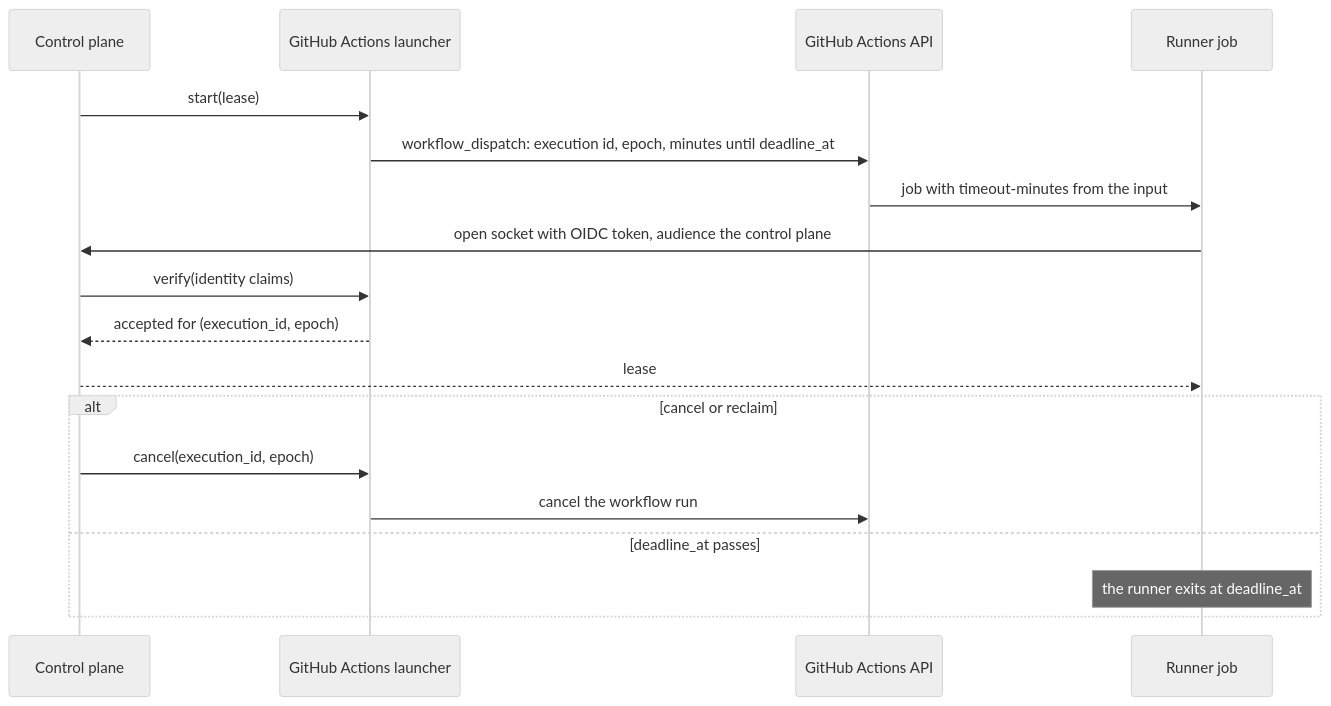
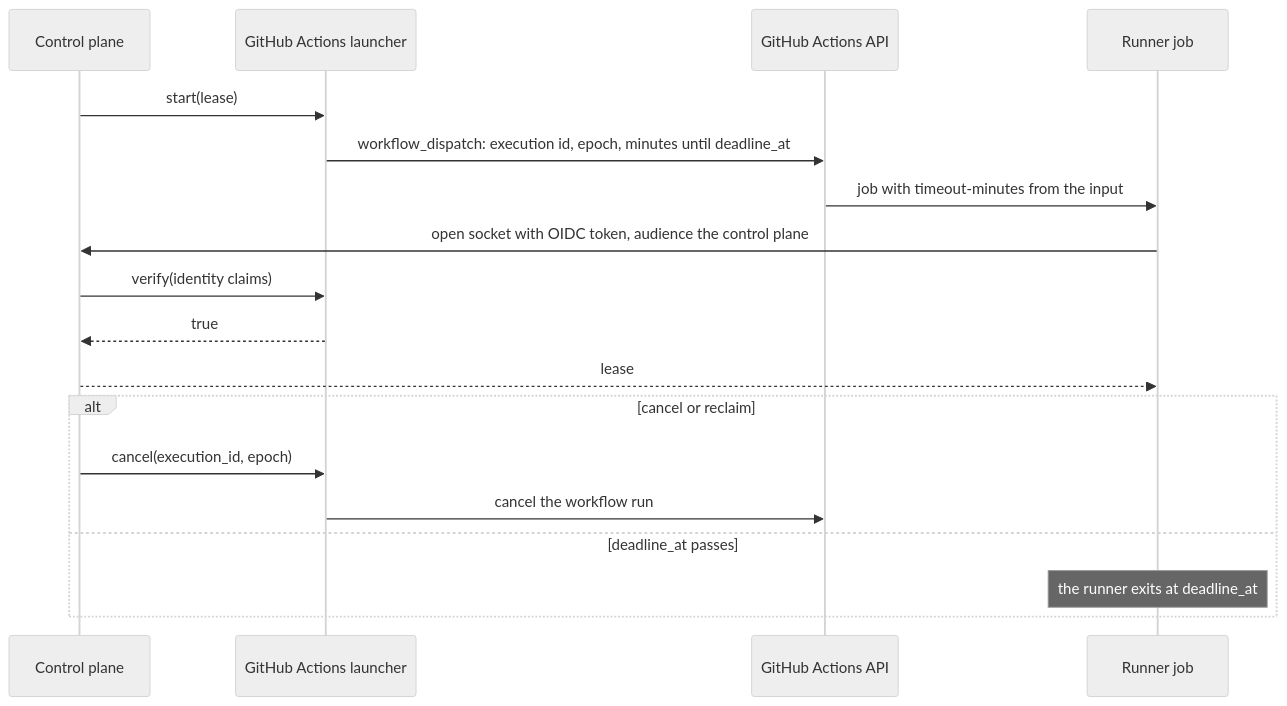
One commit to fractalboxdev/flare-dispatch changed the diagram in specs/executors.md. Above: the diagram before and after it, drawn with Mermaid (neutral theme). The commit also changed other lines of this file and 2 other files, not shown here.

Commit message:
specs: the launcher port's verify answers true or false, and the moved-ID check reads merged rows

````diff
--- a/specs/executors.md
+++ b/specs/executors.md
@@ -51,21 +51,21 @@
 ```mermaid
 sequenceDiagram
   accTitle: Start, claim and cancel of a gha execution
   participant CP as Control plane
   participant LP as GitHub Actions launcher
   participant GA as GitHub Actions API
   participant J as Runner job
   CP->>LP: start(lease)
   LP->>GA: workflow_dispatch: execution id, epoch, minutes until deadline_at
   GA->>J: job with timeout-minutes from the input
   J->>CP: open socket with OIDC token, audience the control plane
   CP->>LP: verify(identity claims)
-  LP-->>CP: accepted for (execution_id, epoch)
+  LP-->>CP: true
   CP-->>J: lease
   alt cancel or reclaim
     CP->>LP: cancel(execution_id, epoch)
     LP->>GA: cancel the workflow run
   else deadline_at passes
     Note over J: the runner exits at deadline_at
   end
 ```
````
